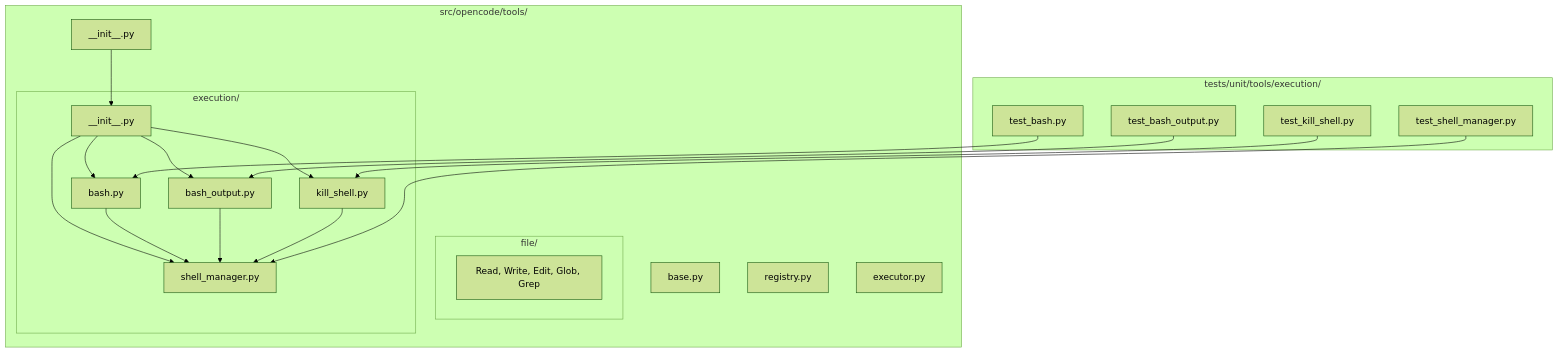
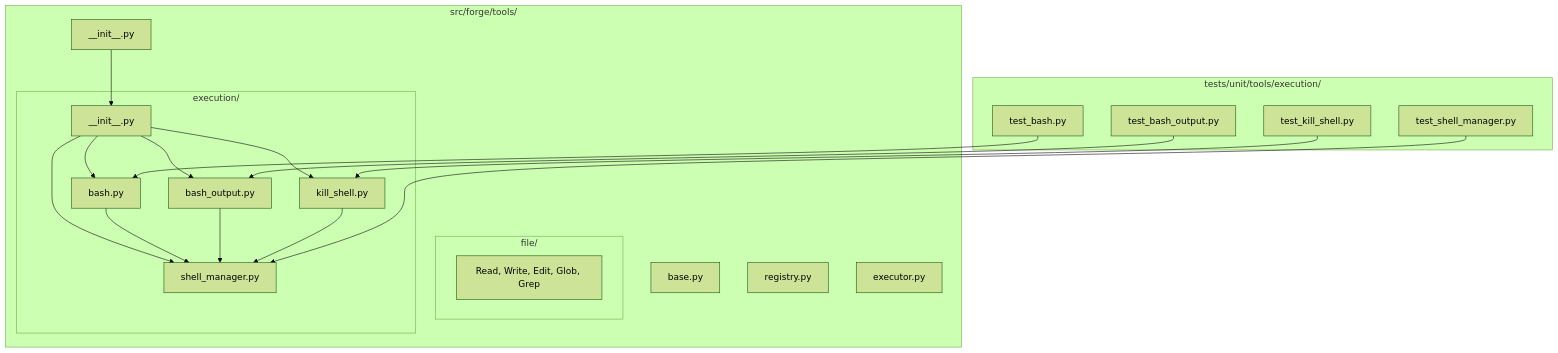
Before and after one commit to corey-rosamond/Code-Forge: diagram 11 of 11 in .ai/phase/2.3/UML.md, drawn with Mermaid (forest theme). The commit also changed 505 other files, not shown here.

````diff
--- a/.ai/phase/2.3/UML.md
+++ b/.ai/phase/2.3/UML.md
@@ -485,43 +485,43 @@
 ```mermaid
 flowchart TD
-    subgraph opencode_tools["src/opencode/tools/"]
+    subgraph forge_tools["src/forge/tools/"]
         INIT["__init__.py"]
         BASE["base.py"]
         REG["registry.py"]
         EXEC["executor.py"]
 
         subgraph file_pkg["file/"]
             FILE_TOOLS[Read, Write, Edit, Glob, Grep]
         end
 
         subgraph exec_pkg["execution/"]
             EXEC_INIT["__init__.py"]
             BASH_PY["bash.py"]
             BASHOUT_PY["bash_output.py"]
             KILL_PY["kill_shell.py"]
             MANAGER_PY["shell_manager.py"]
         end
     end
 
     subgraph tests_exec["tests/unit/tools/execution/"]
         TEST_BASH["test_bash.py"]
         TEST_BASHOUT["test_bash_output.py"]
         TEST_KILL["test_kill_shell.py"]
         TEST_MANAGER["test_shell_manager.py"]
     end
 
     INIT --> EXEC_INIT
     EXEC_INIT --> BASH_PY
     EXEC_INIT --> BASHOUT_PY
     EXEC_INIT --> KILL_PY
     EXEC_INIT --> MANAGER_PY
 
     BASH_PY --> MANAGER_PY
     BASHOUT_PY --> MANAGER_PY
     KILL_PY --> MANAGER_PY
 
     TEST_BASH --> BASH_PY
     TEST_BASHOUT --> BASHOUT_PY
     TEST_KILL --> KILL_PY
     TEST_MANAGER --> MANAGER_PY
 ```
````
